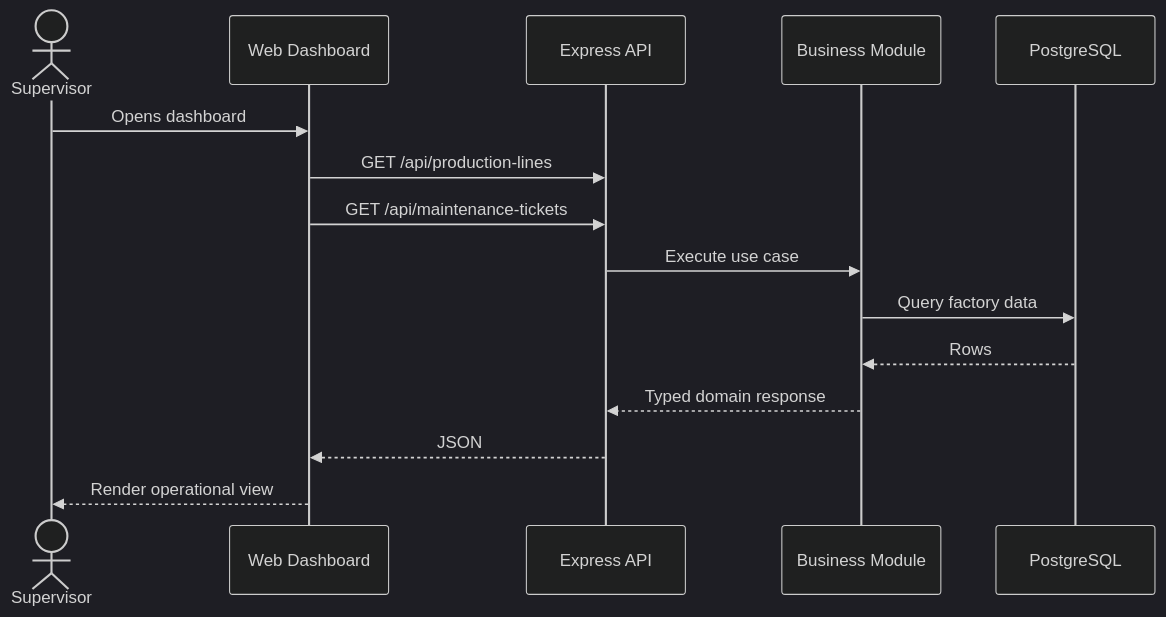
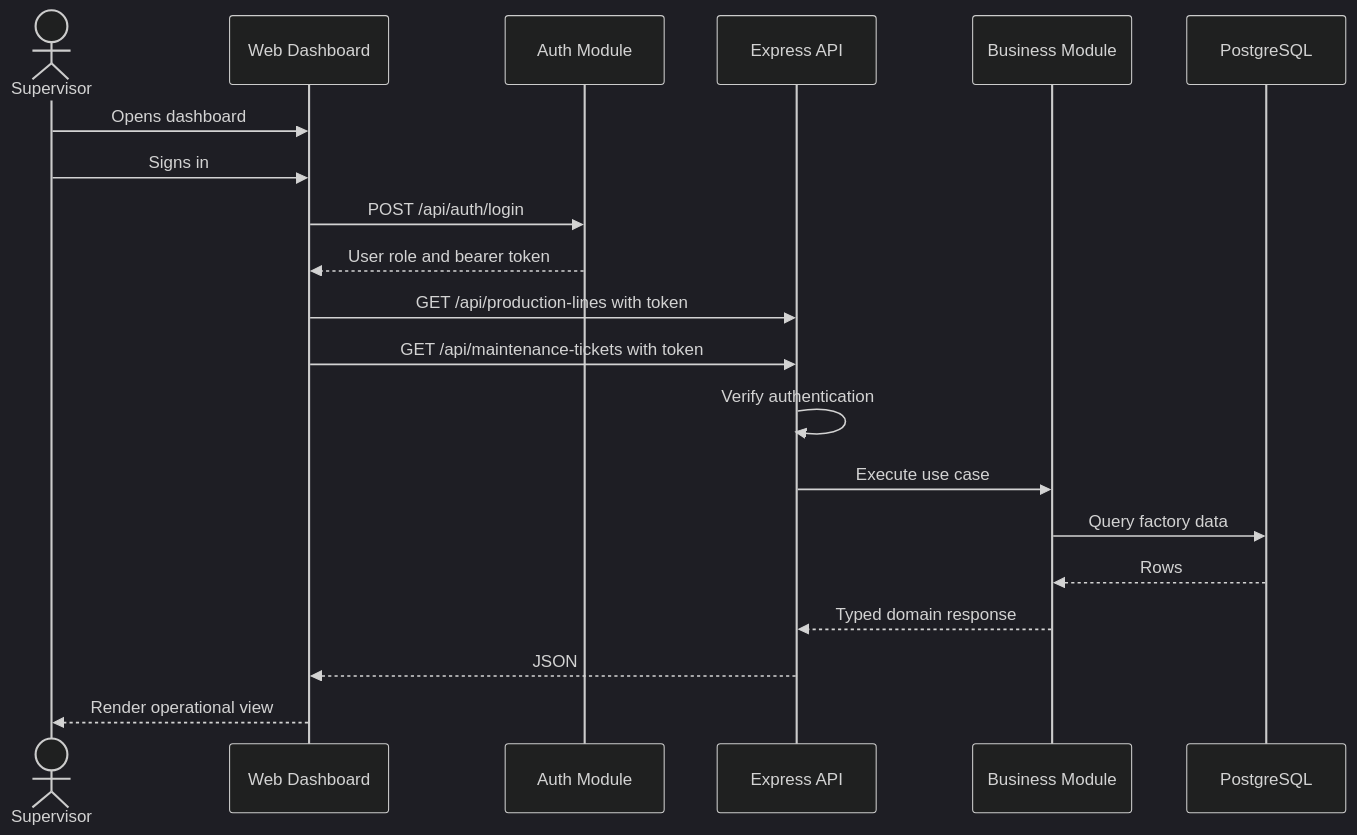
The second of 3 diagrams in docs/ARCHITECTURE.md (moslemajra85/indutry-app), drawn with Mermaid (dark theme) before and after one commit. The commit also changed other lines of this file and 28 other files, not shown here.

Commit message:
feat: add role-based authentication

````diff
--- a/docs/ARCHITECTURE.md
+++ b/docs/ARCHITECTURE.md
@@ -68,18 +72,23 @@
 ```mermaid
 sequenceDiagram
   actor Supervisor
   participant Web as Web Dashboard
+  participant Auth as Auth Module
   participant API as Express API
   participant Module as Business Module
   participant DB as PostgreSQL
 
   Supervisor->>Web: Opens dashboard
-  Web->>API: GET /api/production-lines
-  Web->>API: GET /api/maintenance-tickets
+  Supervisor->>Web: Signs in
+  Web->>Auth: POST /api/auth/login
+  Auth-->>Web: User role and bearer token
+  Web->>API: GET /api/production-lines with token
+  Web->>API: GET /api/maintenance-tickets with token
+  API->>API: Verify authentication
   API->>Module: Execute use case
   Module->>DB: Query factory data
   DB-->>Module: Rows
   Module-->>API: Typed domain response
   API-->>Web: JSON
   Web-->>Supervisor: Render operational view
 ```
````
